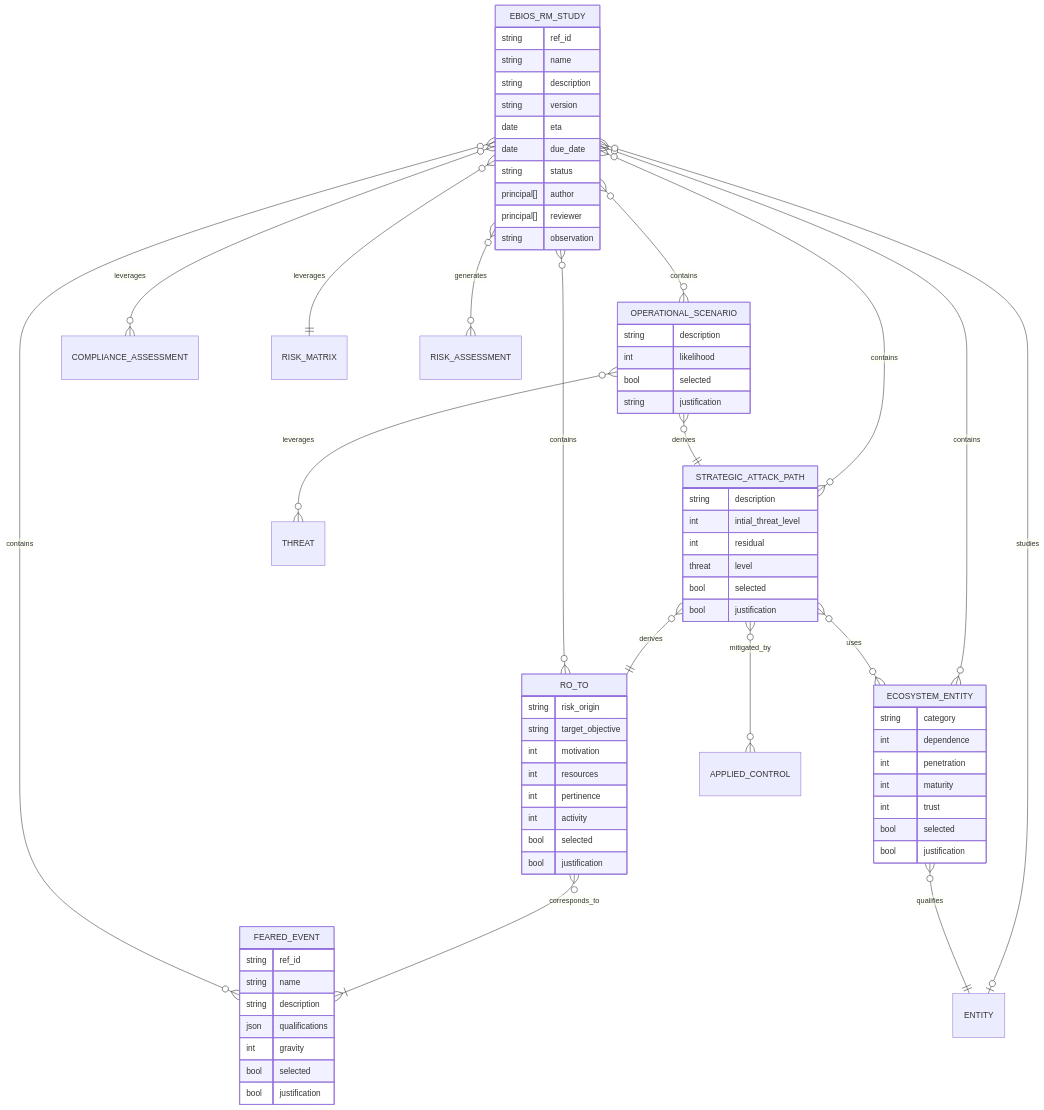
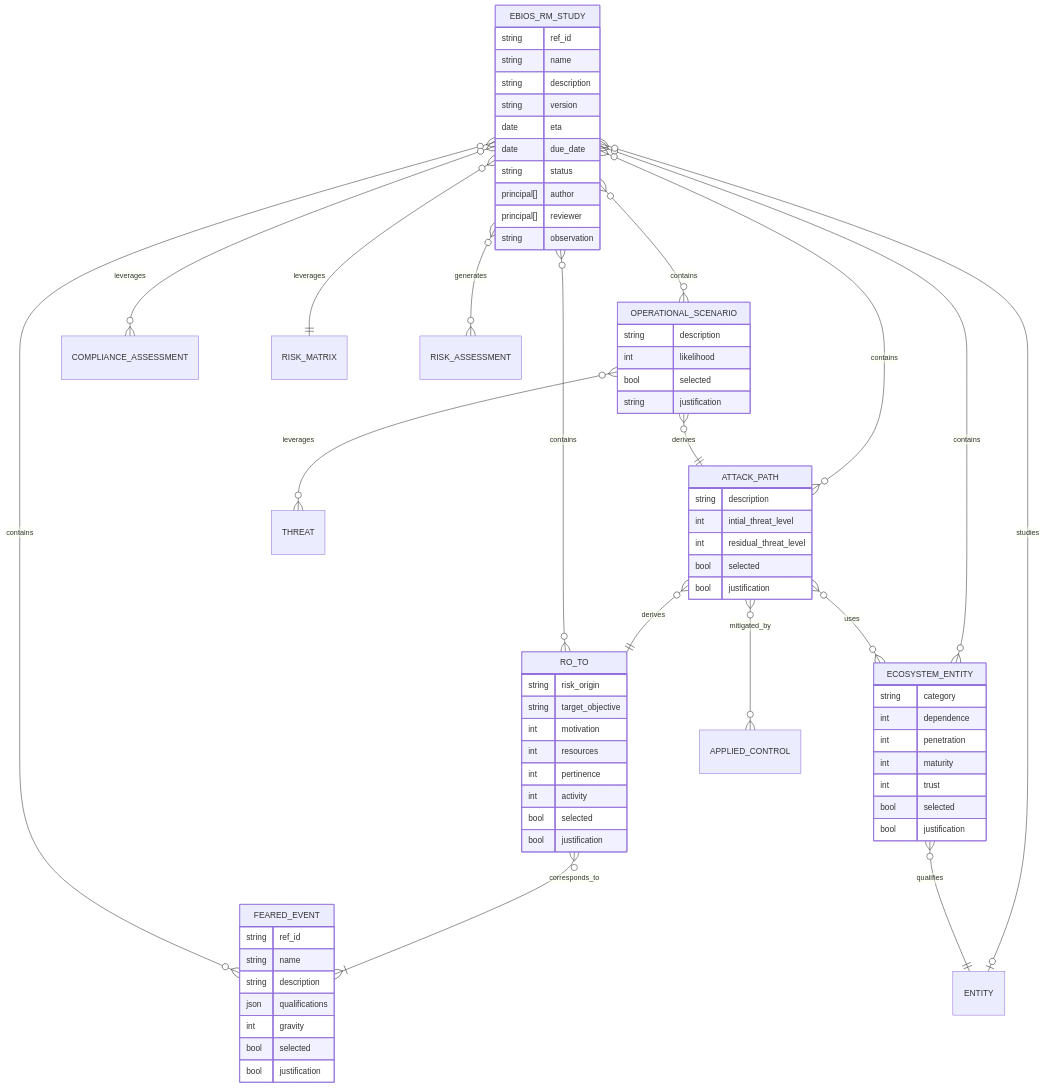
One commit to intuitem/ciso-assistant-community changed the tenth of 10 diagrams in documentation/architecture/data-model.md. Above: the diagram before and after it, drawn with Mermaid. The commit also changed other lines of this file, not shown here.

Commit message:
Update data-model.md
fix typo
simplify name for attack path

````diff
--- a/documentation/architecture/data-model.md
+++ b/documentation/architecture/data-model.md
@@ -1257,81 +1257,81 @@
 ```mermaid
 erDiagram
 
-    STRATEGIC_ATTACK_PATH }o--|| RO_TO                : derives
+    ATTACK_PATH           }o--|| RO_TO                : derives
     RO_TO                 }o--|{ FEARED_EVENT         : corresponds_to
     EBIOS_RM_STUDY        }o--o{ RO_TO                : contains
     EBIOS_RM_STUDY        }o--o{ ECOSYSTEM_ENTITY     : contains
     EBIOS_RM_STUDY        }o--o{ OPERATIONAL_SCENARIO : contains
     EBIOS_RM_STUDY        }o--o{ FEARED_EVENT         : contains
-    EBIOS_RM_STUDY        }o--o{ STRATEGIC_ATTACK_PATH: contains
+    EBIOS_RM_STUDY        }o--o{ ATTACK_PATH          : contains
     EBIOS_RM_STUDY        }o--o| ENTITY               : studies
     EBIOS_RM_STUDY        }o--o{ COMPLIANCE_ASSESSMENT: leverages
     EBIOS_RM_STUDY        }o--|| RISK_MATRIX          : leverages
     EBIOS_RM_STUDY        }o--o{ RISK_ASSESSMENT      : generates
-    OPERATIONAL_SCENARIO  }o--|| STRATEGIC_ATTACK_PATH: derives
+    OPERATIONAL_SCENARIO  }o--|| ATTACK_PATH          : derives
     OPERATIONAL_SCENARIO  }o--o{ THREAT               : leverages
-    STRATEGIC_ATTACK_PATH }o--o{ ECOSYSTEM_ENTITY     : uses
-    STRATEGIC_ATTACK_PATH }o--o{ APPLIED_CONTROL      : mitigated_by
+    ATTACK_PATH           }o--o{ ECOSYSTEM_ENTITY     : uses
+    ATTACK_PATH           }o--o{ APPLIED_CONTROL      : mitigated_by
     ECOSYSTEM_ENTITY      }o--|| ENTITY               : qualifies
 
     EBIOS_RM_STUDY {
         string      ref_id
         string      name
         string      description
 
         string      version
         date        eta
         date        due_date
         string      status
         principal[] author
         principal[] reviewer
         string      observation
     }
 
     FEARED_EVENT {
         string ref_id
         string name
         string description
         json   qualifications
         int    gravity
         bool   selected
         bool   justification
     }
 
     RO_TO {
         string risk_origin
         string target_objective
         int    motivation
         int    resources
         int    pertinence
         int    activity
         bool   selected
         bool   justification
     }
 
     ECOSYSTEM_ENTITY {
         string category
         int    dependence
         int    penetration
         int    maturity
         int    trust
         bool   selected
         bool   justification
     }
 
-    STRATEGIC_ATTACK_PATH {
+    ATTACK_PATH {
         string description
         int    intial_threat_level
-        int    residual threat level
+        int    residual_threat_level
         bool   selected
         bool   justification
     }
 
     OPERATIONAL_SCENARIO {
         string description
         int    likelihood
         bool   selected
         string justification
     }
 
 ```
````
